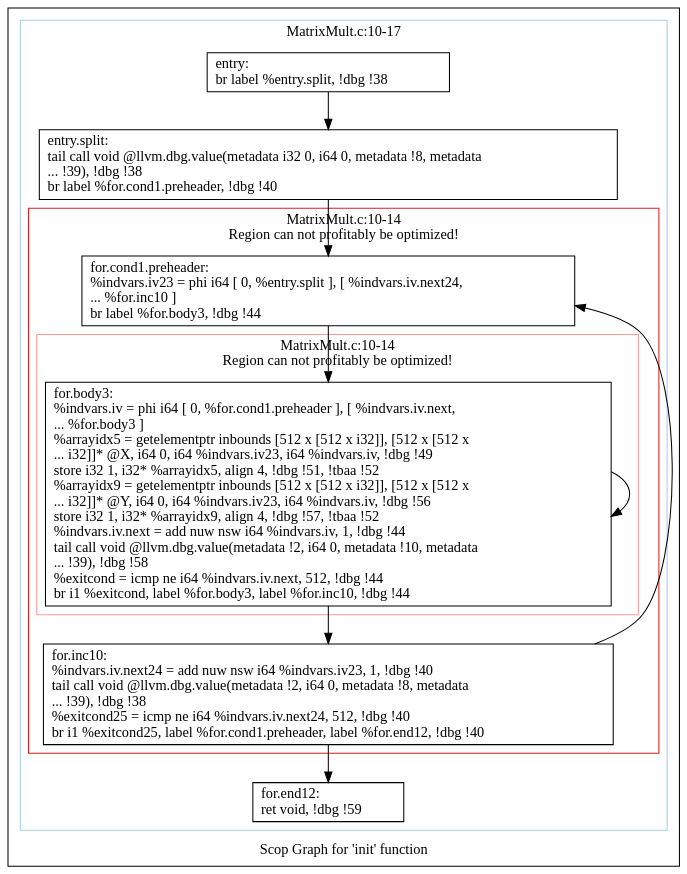
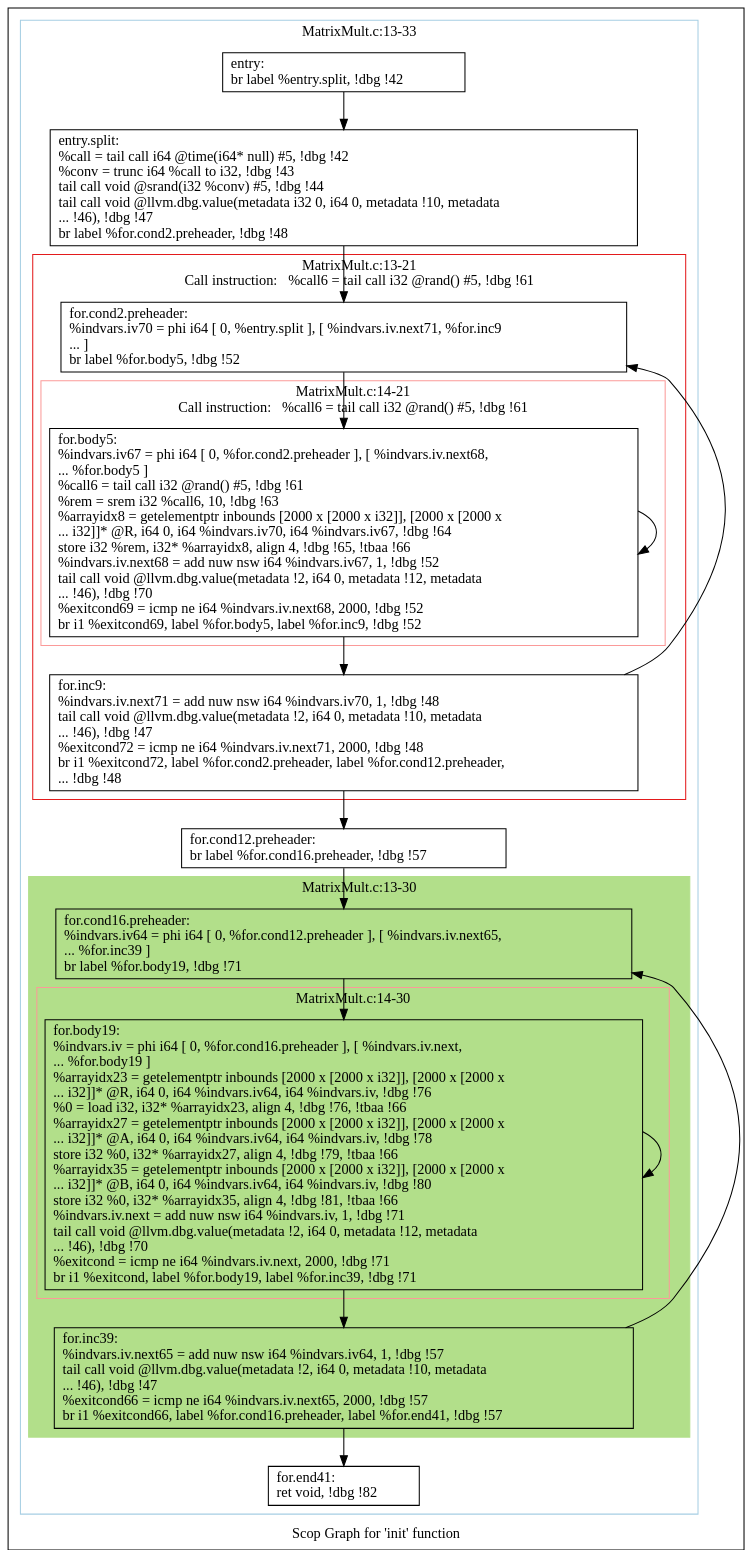
One commit to samminweng/WhileyOpenCL changed the diagram in polly/MatrixMult/impl/handwritten2/dot/scops.init.dot. Above: the diagram before and after it, drawn with Graphviz. The commit also changed 54 other files, not shown here.

First line of the commit message:
Adde parallelizable 'mat_mult' function to Handwritten MatrixMult 2 program

```diff
--- a/polly/MatrixMult/impl/handwritten2/dot/scops.init.dot
+++ b/polly/MatrixMult/impl/handwritten2/dot/scops.init.dot
@@ -1,42 +1,67 @@
 digraph "Scop Graph for 'init' function" {
 	label="Scop Graph for 'init' function";
 
-	Node0x985c5c0 [shape=record,label="{entry:\l  br label %entry.split, !dbg !38\l}"];
-	Node0x985c5c0 -> Node0x985b1f0;
-	Node0x985b1f0 [shape=record,label="{entry.split:                                      \l  tail call void @llvm.dbg.value(metadata i32 0, i64 0, metadata !8, metadata\l... !39), !dbg !38\l  br label %for.cond1.preheader, !dbg !40\l}"];
-	Node0x985b1f0 -> Node0x9862ff0;
-	Node0x9862ff0 [shape=record,label="{for.cond1.preheader:                              \l  %indvars.iv23 = phi i64 [ 0, %entry.split ], [ %indvars.iv.next24,\l... %for.inc10 ]\l  br label %for.body3, !dbg !44\l}"];
-	Node0x9862ff0 -> Node0x9783fb0;
-	Node0x9783fb0 [shape=record,label="{for.body3:                                        \l  %indvars.iv = phi i64 [ 0, %for.cond1.preheader ], [ %indvars.iv.next,\l... %for.body3 ]\l  %arrayidx5 = getelementptr inbounds [512 x [512 x i32]], [512 x [512 x\l... i32]]* @X, i64 0, i64 %indvars.iv23, i64 %indvars.iv, !dbg !49\l  store i32 1, i32* %arrayidx5, align 4, !dbg !51, !tbaa !52\l  %arrayidx9 = getelementptr inbounds [512 x [512 x i32]], [512 x [512 x\l... i32]]* @Y, i64 0, i64 %indvars.iv23, i64 %indvars.iv, !dbg !56\l  store i32 1, i32* %arrayidx9, align 4, !dbg !57, !tbaa !52\l  %indvars.iv.next = add nuw nsw i64 %indvars.iv, 1, !dbg !44\l  tail call void @llvm.dbg.value(metadata !2, i64 0, metadata !10, metadata\l... !39), !dbg !58\l  %exitcond = icmp ne i64 %indvars.iv.next, 512, !dbg !44\l  br i1 %exitcond, label %for.body3, label %for.inc10, !dbg !44\l}"];
-	Node0x9783fb0 -> Node0x9783fb0[constraint=false];
-	Node0x9783fb0 -> Node0x98603f0;
-	Node0x98603f0 [shape=record,label="{for.inc10:                                        \l  %indvars.iv.next24 = add nuw nsw i64 %indvars.iv23, 1, !dbg !40\l  tail call void @llvm.dbg.value(metadata !2, i64 0, metadata !8, metadata\l... !39), !dbg !38\l  %exitcond25 = icmp ne i64 %indvars.iv.next24, 512, !dbg !40\l  br i1 %exitcond25, label %for.cond1.preheader, label %for.end12, !dbg !40\l}"];
-	Node0x98603f0 -> Node0x9862ff0[constraint=false];
-	Node0x98603f0 -> Node0x985c670;
-	Node0x985c670 [shape=record,label="{for.end12:                                        \l  ret void, !dbg !59\l}"];
+	Node0x90f5a30 [shape=record,label="{entry:\l  br label %entry.split, !dbg !42\l}"];
+	Node0x90f5a30 -> Node0x90f2240;
+	Node0x90f2240 [shape=record,label="{entry.split:                                      \l  %call = tail call i64 @time(i64* null) #5, !dbg !42\l  %conv = trunc i64 %call to i32, !dbg !43\l  tail call void @srand(i32 %conv) #5, !dbg !44\l  tail call void @llvm.dbg.value(metadata i32 0, i64 0, metadata !10, metadata\l... !46), !dbg !47\l  br label %for.cond2.preheader, !dbg !48\l}"];
+	Node0x90f2240 -> Node0x90c6550;
+	Node0x90c6550 [shape=record,label="{for.cond2.preheader:                              \l  %indvars.iv70 = phi i64 [ 0, %entry.split ], [ %indvars.iv.next71, %for.inc9\l... ]\l  br label %for.body5, !dbg !52\l}"];
+	Node0x90c6550 -> Node0x90f4030;
+	Node0x90f4030 [shape=record,label="{for.body5:                                        \l  %indvars.iv67 = phi i64 [ 0, %for.cond2.preheader ], [ %indvars.iv.next68,\l... %for.body5 ]\l  %call6 = tail call i32 @rand() #5, !dbg !61\l  %rem = srem i32 %call6, 10, !dbg !63\l  %arrayidx8 = getelementptr inbounds [2000 x [2000 x i32]], [2000 x [2000 x\l... i32]]* @R, i64 0, i64 %indvars.iv70, i64 %indvars.iv67, !dbg !64\l  store i32 %rem, i32* %arrayidx8, align 4, !dbg !65, !tbaa !66\l  %indvars.iv.next68 = add nuw nsw i64 %indvars.iv67, 1, !dbg !52\l  tail call void @llvm.dbg.value(metadata !2, i64 0, metadata !12, metadata\l... !46), !dbg !70\l  %exitcond69 = icmp ne i64 %indvars.iv.next68, 2000, !dbg !52\l  br i1 %exitcond69, label %for.body5, label %for.inc9, !dbg !52\l}"];
+	Node0x90f4030 -> Node0x90f4030[constraint=false];
+	Node0x90f4030 -> Node0x90f40b0;
+	Node0x90f40b0 [shape=record,label="{for.inc9:                                         \l  %indvars.iv.next71 = add nuw nsw i64 %indvars.iv70, 1, !dbg !48\l  tail call void @llvm.dbg.value(metadata !2, i64 0, metadata !10, metadata\l... !46), !dbg !47\l  %exitcond72 = icmp ne i64 %indvars.iv.next71, 2000, !dbg !48\l  br i1 %exitcond72, label %for.cond2.preheader, label %for.cond12.preheader,\l... !dbg !48\l}"];
+	Node0x90f40b0 -> Node0x90c6550[constraint=false];
+	Node0x90f40b0 -> Node0x9053430;
+	Node0x9053430 [shape=record,label="{for.cond12.preheader:                             \l  br label %for.cond16.preheader, !dbg !57\l}"];
+	Node0x9053430 -> Node0x90513e0;
+	Node0x90513e0 [shape=record,label="{for.cond16.preheader:                             \l  %indvars.iv64 = phi i64 [ 0, %for.cond12.preheader ], [ %indvars.iv.next65,\l... %for.inc39 ]\l  br label %for.body19, !dbg !71\l}"];
+	Node0x90513e0 -> Node0x9051440;
+	Node0x9051440 [shape=record,label="{for.body19:                                       \l  %indvars.iv = phi i64 [ 0, %for.cond16.preheader ], [ %indvars.iv.next,\l... %for.body19 ]\l  %arrayidx23 = getelementptr inbounds [2000 x [2000 x i32]], [2000 x [2000 x\l... i32]]* @R, i64 0, i64 %indvars.iv64, i64 %indvars.iv, !dbg !76\l  %0 = load i32, i32* %arrayidx23, align 4, !dbg !76, !tbaa !66\l  %arrayidx27 = getelementptr inbounds [2000 x [2000 x i32]], [2000 x [2000 x\l... i32]]* @A, i64 0, i64 %indvars.iv64, i64 %indvars.iv, !dbg !78\l  store i32 %0, i32* %arrayidx27, align 4, !dbg !79, !tbaa !66\l  %arrayidx35 = getelementptr inbounds [2000 x [2000 x i32]], [2000 x [2000 x\l... i32]]* @B, i64 0, i64 %indvars.iv64, i64 %indvars.iv, !dbg !80\l  store i32 %0, i32* %arrayidx35, align 4, !dbg !81, !tbaa !66\l  %indvars.iv.next = add nuw nsw i64 %indvars.iv, 1, !dbg !71\l  tail call void @llvm.dbg.value(metadata !2, i64 0, metadata !12, metadata\l... !46), !dbg !70\l  %exitcond = icmp ne i64 %indvars.iv.next, 2000, !dbg !71\l  br i1 %exitcond, label %for.body19, label %for.inc39, !dbg !71\l}"];
+	Node0x9051440 -> Node0x9051440[constraint=false];
+	Node0x9051440 -> Node0x90514e0;
+	Node0x90514e0 [shape=record,label="{for.inc39:                                        \l  %indvars.iv.next65 = add nuw nsw i64 %indvars.iv64, 1, !dbg !57\l  tail call void @llvm.dbg.value(metadata !2, i64 0, metadata !10, metadata\l... !46), !dbg !47\l  %exitcond66 = icmp ne i64 %indvars.iv.next65, 2000, !dbg !57\l  br i1 %exitcond66, label %for.cond16.preheader, label %for.end41, !dbg !57\l}"];
+	Node0x90514e0 -> Node0x90513e0[constraint=false];
+	Node0x90514e0 -> Node0x9053360;
+	Node0x9053360 [shape=record,label="{for.end41:                                        \l  ret void, !dbg !82\l}"];
 	colorscheme = "paired12"
-        subgraph cluster_0x98e4df0 {
-          label = "MatrixMult.c:10-17
+        subgraph cluster_0x90512d0 {
+          label = "MatrixMult.c:13-33
 ";
           style = solid;
           color = 1
-          subgraph cluster_0x985e3d0 {
-            label = "MatrixMult.c:10-14
-Region can not profitably be optimized!";
+          subgraph cluster_0x90f7300 {
+            label = "MatrixMult.c:13-21
+Call instruction:   %call6 = tail call i32 @rand() #5, !dbg !61";
             style = solid;
             color = 6
-            subgraph cluster_0x985e6a0 {
-              label = "MatrixMult.c:10-14
-Region can not profitably be optimized!";
+            subgraph cluster_0x90500b0 {
+              label = "MatrixMult.c:14-21
+Call instruction:   %call6 = tail call i32 @rand() #5, !dbg !61";
               style = solid;
               color = 5
-              Node0x9783fb0;
+              Node0x90f4030;
             }
-            Node0x9862ff0;
-            Node0x98603f0;
+            Node0x90c6550;
+            Node0x90f40b0;
           }
-          Node0x985c5c0;
-          Node0x985b1f0;
-          Node0x985c670;
+          subgraph cluster_0x9051d20 {
+            label = "MatrixMult.c:13-30
+";
+            style = filled;
+            color = 3            subgraph cluster_0x9050f70 {
+              label = "MatrixMult.c:14-30
+";
+              style = solid;
+              color = 5
+              Node0x9051440;
+            }
+            Node0x90513e0;
+            Node0x90514e0;
+          }
+          Node0x90f5a30;
+          Node0x90f2240;
+          Node0x9053430;
+          Node0x9053360;
         }
 }
```
